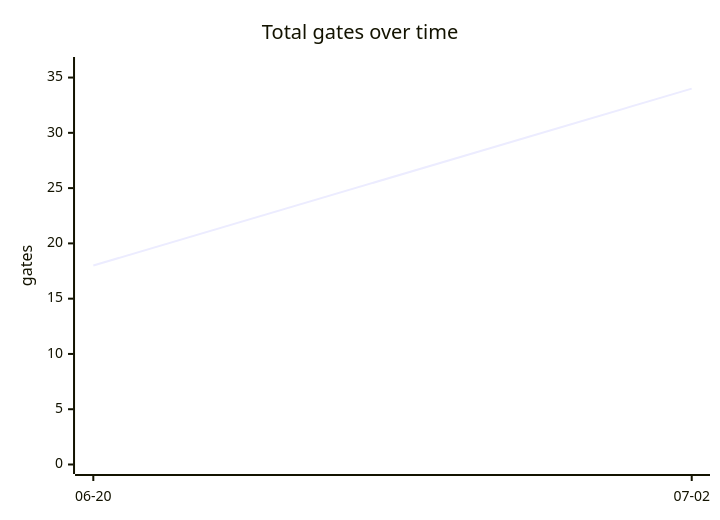
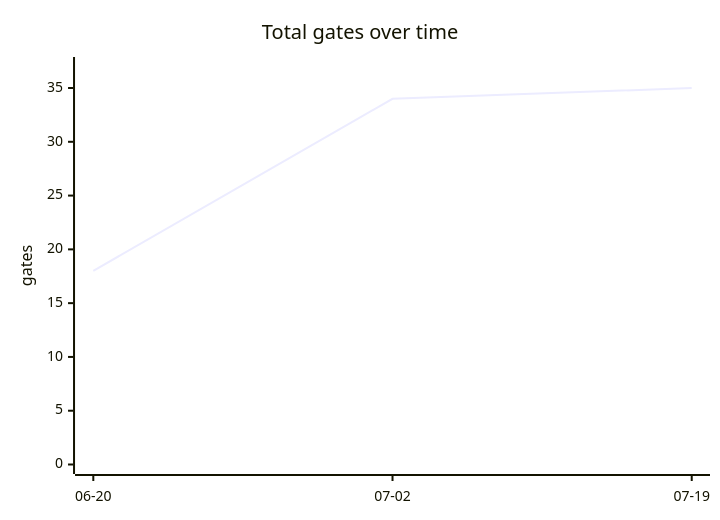
The third of 4 diagrams in docs/harness-status.md (Yos-K/gatecrate), drawn with Mermaid before and after one commit. The commit also changed other lines of this file and 1 other file, not shown here.

````diff
--- a/docs/harness-status.md
+++ b/docs/harness-status.md
@@ -37,7 +37,7 @@
 ```mermaid
 xychart-beta
     title "Total gates over time"
-    x-axis ["06-20", "07-02"]
-    y-axis "gates" 0 --> 36
-    line [18, 34]
+    x-axis ["06-20", "07-02", "07-19"]
+    y-axis "gates" 0 --> 37
+    line [18, 34, 35]
 ```
````
